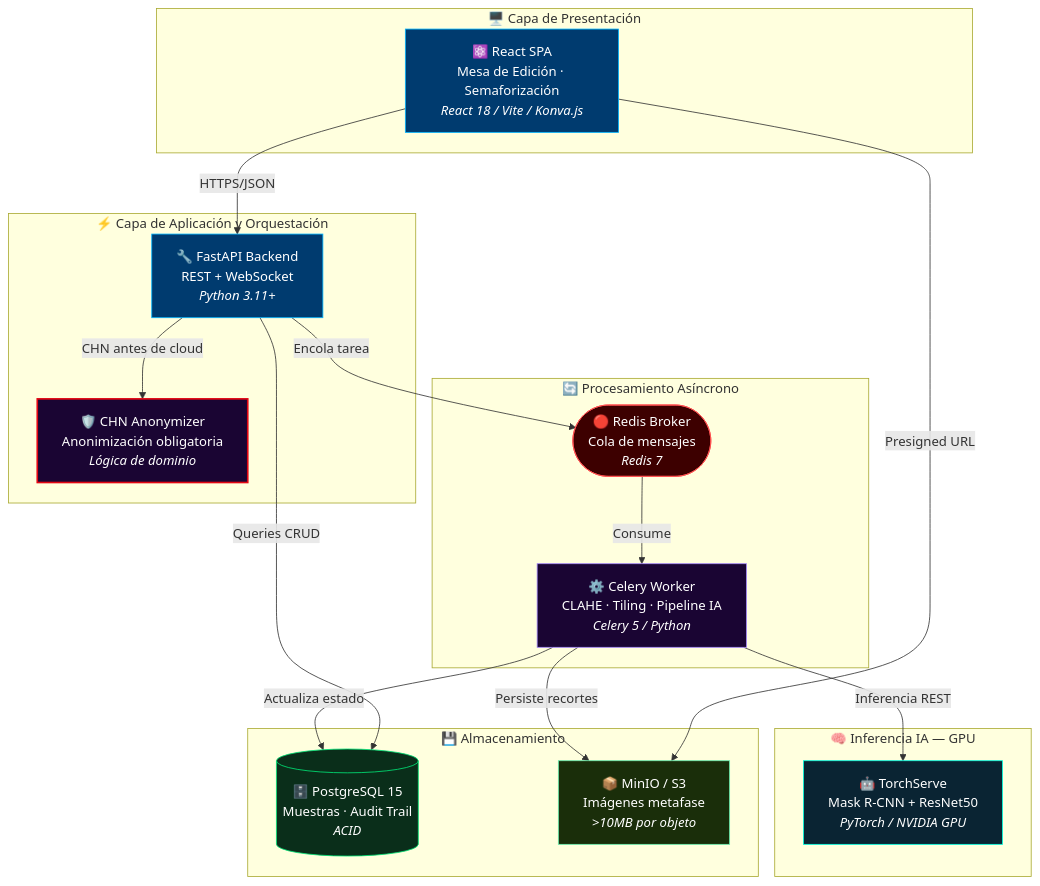
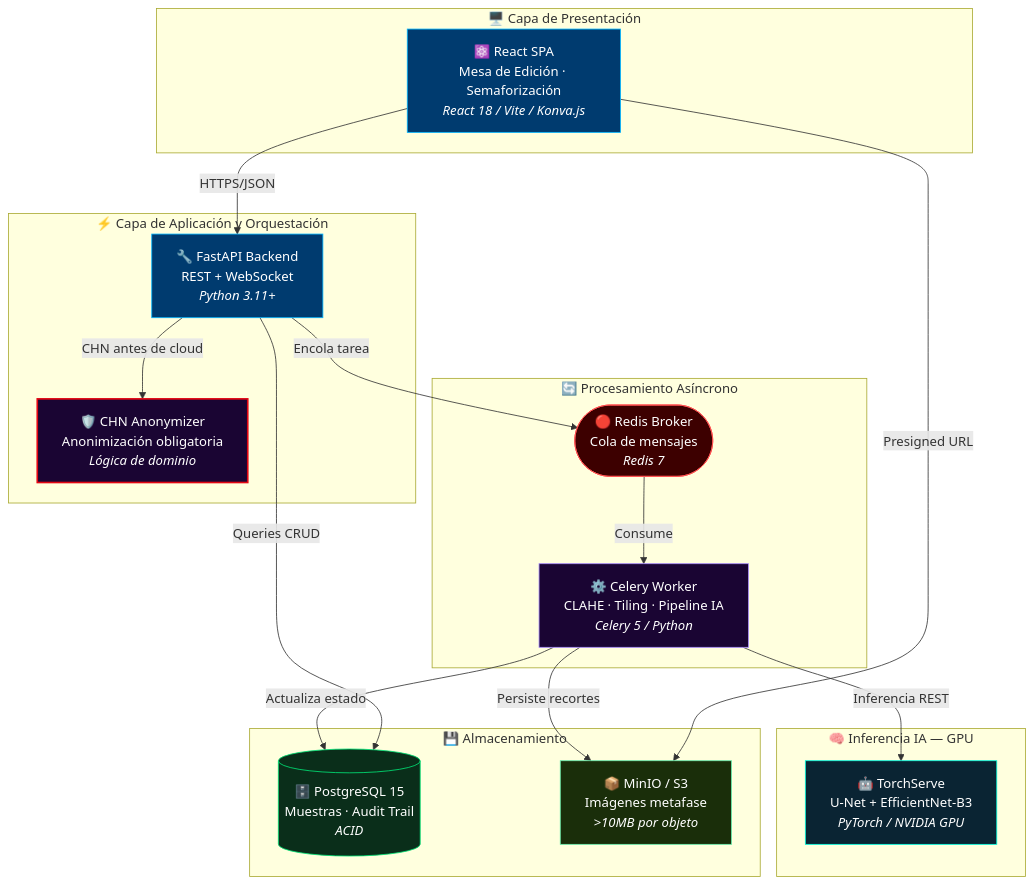
One commit to guillemc92/karyoumss changed the second of 5 diagrams in docs/dti/DTI_borrador.md. Above: the diagram before and after it, drawn with Mermaid. The commit also changed other lines of this file and 4 other files, not shown here.

````diff
--- a/docs/dti/DTI_borrador.md
+++ b/docs/dti/DTI_borrador.md
@@ -202,51 +202,51 @@
 ```mermaid
 graph TB
     %% ── Capa Presentación ──────────────────────────────
     subgraph PRES ["🖥️  Capa de Presentación"]
         SPA["⚛️ React SPA<br/>Mesa de Edición · Semaforización<br/><i>React 18 / Vite / Konva.js</i>"]
     end
 
     %% ── Capa Aplicación ────────────────────────────────
     subgraph APP ["⚡  Capa de Aplicación y Orquestación"]
         API["🔧 FastAPI Backend<br/>REST + WebSocket<br/><i>Python 3.11+</i>"]
         CHN["🛡️ CHN Anonymizer<br/>Anonimización obligatoria<br/><i>Lógica de dominio</i>"]
     end
 
     %% ── Capa Asíncrona ─────────────────────────────────
     subgraph ASYNC ["🔄  Procesamiento Asíncrono"]
         BROKER(["🔴 Redis Broker<br/>Cola de mensajes<br/><i>Redis 7</i>"])
         WORKER["⚙️ Celery Worker<br/>CLAHE · Tiling · Pipeline IA<br/><i>Celery 5 / Python</i>"]
     end
 
     %% ── Capa IA ────────────────────────────────────────
     subgraph AI ["🧠  Inferencia IA — GPU"]
-        TORCH["🤖 TorchServe<br/>Mask R-CNN + ResNet50<br/><i>PyTorch / NVIDIA GPU</i>"]
+        TORCH["🤖 TorchServe<br/>U-Net + EfficientNet-B3<br/><i>PyTorch / NVIDIA GPU</i>"]
     end
 
     %% ── Capa Persistencia ──────────────────────────────
     subgraph PERSIST ["💾  Almacenamiento"]
         DB[("🗄️ PostgreSQL 15<br/>Muestras · Audit Trail<br/><i>ACID</i>")]
         S3["📦 MinIO / S3<br/>Imágenes metafase<br/><i>&gt;10MB por objeto</i>"]
     end
 
     %% ── Relaciones ─────────────────────────────────────
     SPA    -->|"HTTPS/JSON"| API
     API    -->|"CHN antes de cloud"| CHN
     API    -->|"Encola tarea"| BROKER
     BROKER -->|"Consume"| WORKER
     WORKER -->|"Inferencia REST"| TORCH
     WORKER -->|"Persiste recortes"| S3
     WORKER -->|"Actualiza estado"| DB
     API    -->|"Queries CRUD"| DB
     SPA    -->|"Presigned URL"| S3
 
     %% ── Estilos ────────────────────────────────────────
     style SPA    fill:#003b6f,stroke:#00b4ff,color:#fff
     style API    fill:#003b6f,stroke:#00b4ff,color:#fff
     style CHN    fill:#1a0533,stroke:#E30613,stroke-width:2px,color:#fff
     style BROKER fill:#3d0000,stroke:#ff5252,color:#fff
     style WORKER fill:#1a0533,stroke:#a78bfa,color:#fff
     style TORCH  fill:#0a2433,stroke:#00ffe0,color:#fff
     style DB     fill:#0a2e1a,stroke:#00e676,color:#fff
     style S3     fill:#1a2e0a,stroke:#69f0ae,color:#fff
 ```
````
